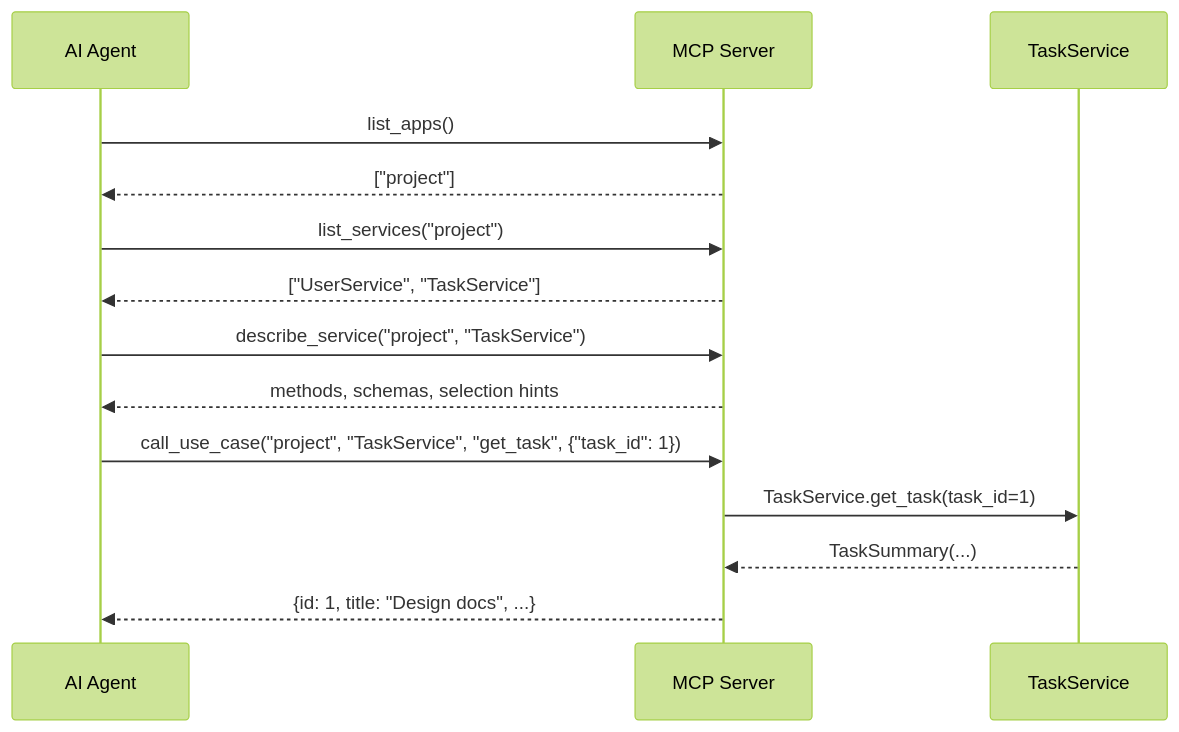
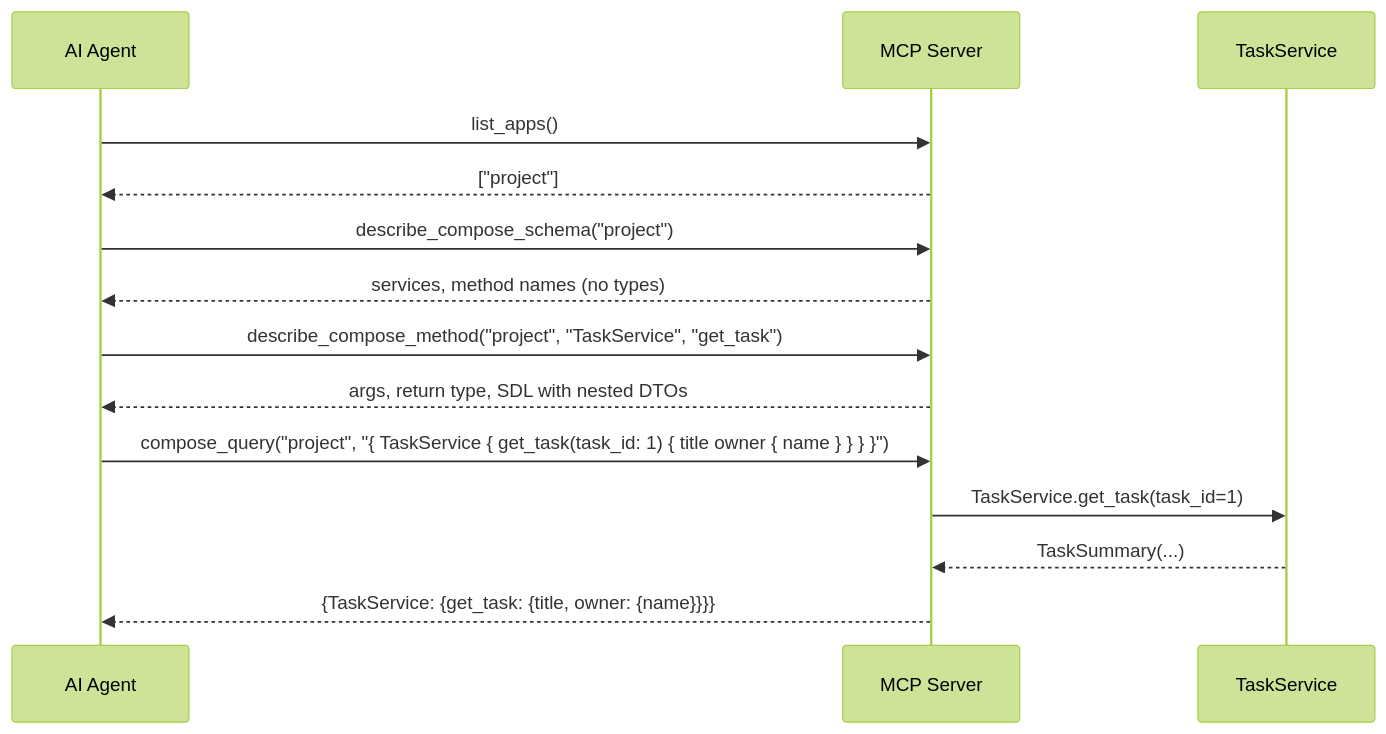
The first of 2 diagrams in docs/use_case_mcp_service.md (allmonday/pydantic-resolve), drawn with Mermaid (forest theme) before and after one commit. The commit also changed other lines of this file and 13 other files, not shown here.

````diff
--- a/docs/use_case_mcp_service.md
+++ b/docs/use_case_mcp_service.md
@@ -120,20 +123,20 @@
 ```mermaid
 sequenceDiagram
     participant A as AI Agent
     participant M as MCP Server
     participant S as TaskService
 
     A->>M: list_apps()
     M-->>A: ["project"]
 
-    A->>M: list_services("project")
-    M-->>A: ["UserService", "TaskService"]
+    A->>M: describe_compose_schema("project")
+    M-->>A: services, method names (no types)
 
-    A->>M: describe_service("project", "TaskService")
-    M-->>A: methods, schemas, selection hints
+    A->>M: describe_compose_method("project", "TaskService", "get_task")
+    M-->>A: args, return type, SDL with nested DTOs
 
-    A->>M: call_use_case("project", "TaskService", "get_task", {"task_id": 1})
+    A->>M: compose_query("project", "{ TaskService { get_task(task_id: 1) { title owner { name } } } }")
     M->>S: TaskService.get_task(task_id=1)
     S-->>M: TaskSummary(...)
-    M-->>A: {id: 1, title: "Design docs", ...}
+    M-->>A: {TaskService: {get_task: {title, owner: {name}}}}
 ```
````
